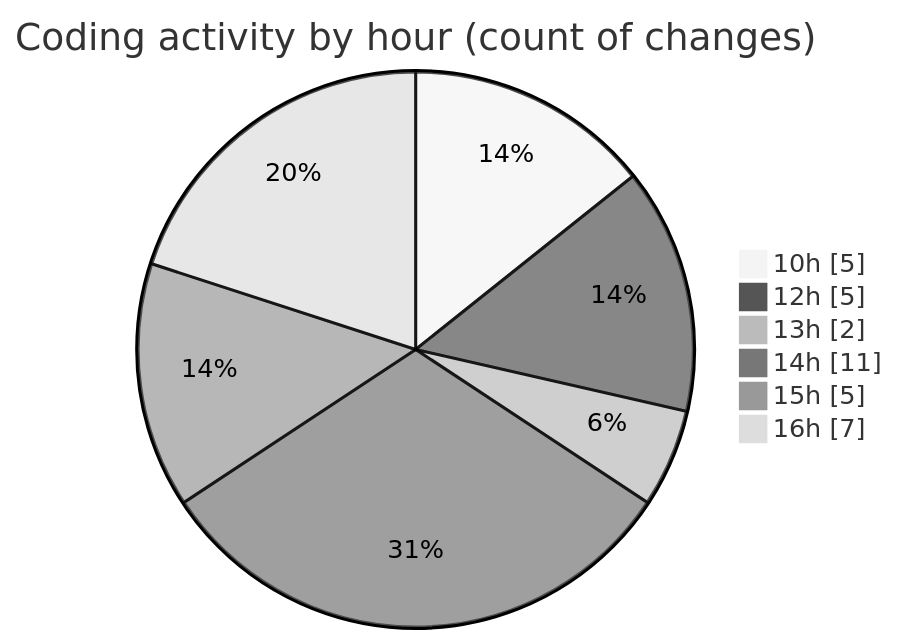
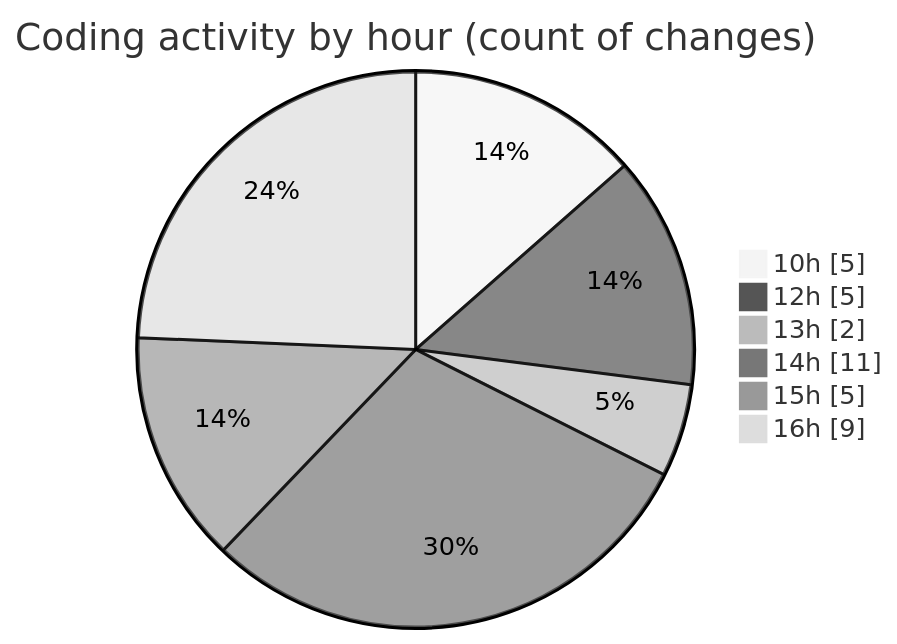
The second of 2 diagrams in 2025-07-07/urlwebwala_intership_work/README.md (Ritupan-Deka/code-tracking), drawn with Mermaid (neutral theme) before and after one commit. The commit also changed other lines of this file and 1 other file, not shown here.

````diff
--- a/2025-07-07/urlwebwala_intership_work/README.md
+++ b/2025-07-07/urlwebwala_intership_work/README.md
@@ -30,10 +30,10 @@
 ```mermaid
 pie showData
 title Coding activity by hour (count of changes)
 "10h" : 5
 "12h" : 5
 "13h" : 2
 "14h" : 11
 "15h" : 5
-"16h" : 7
+"16h" : 9
 ```
````
